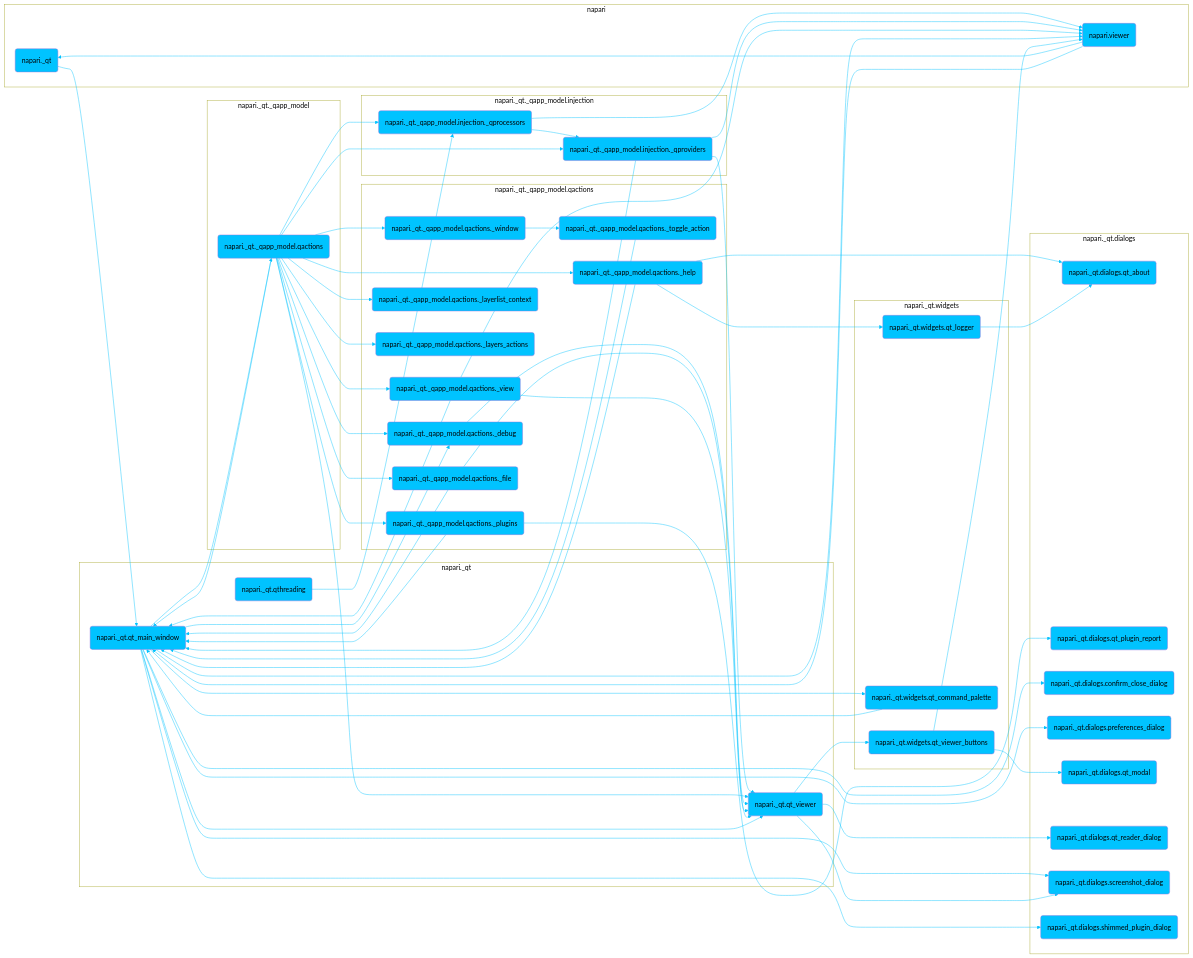
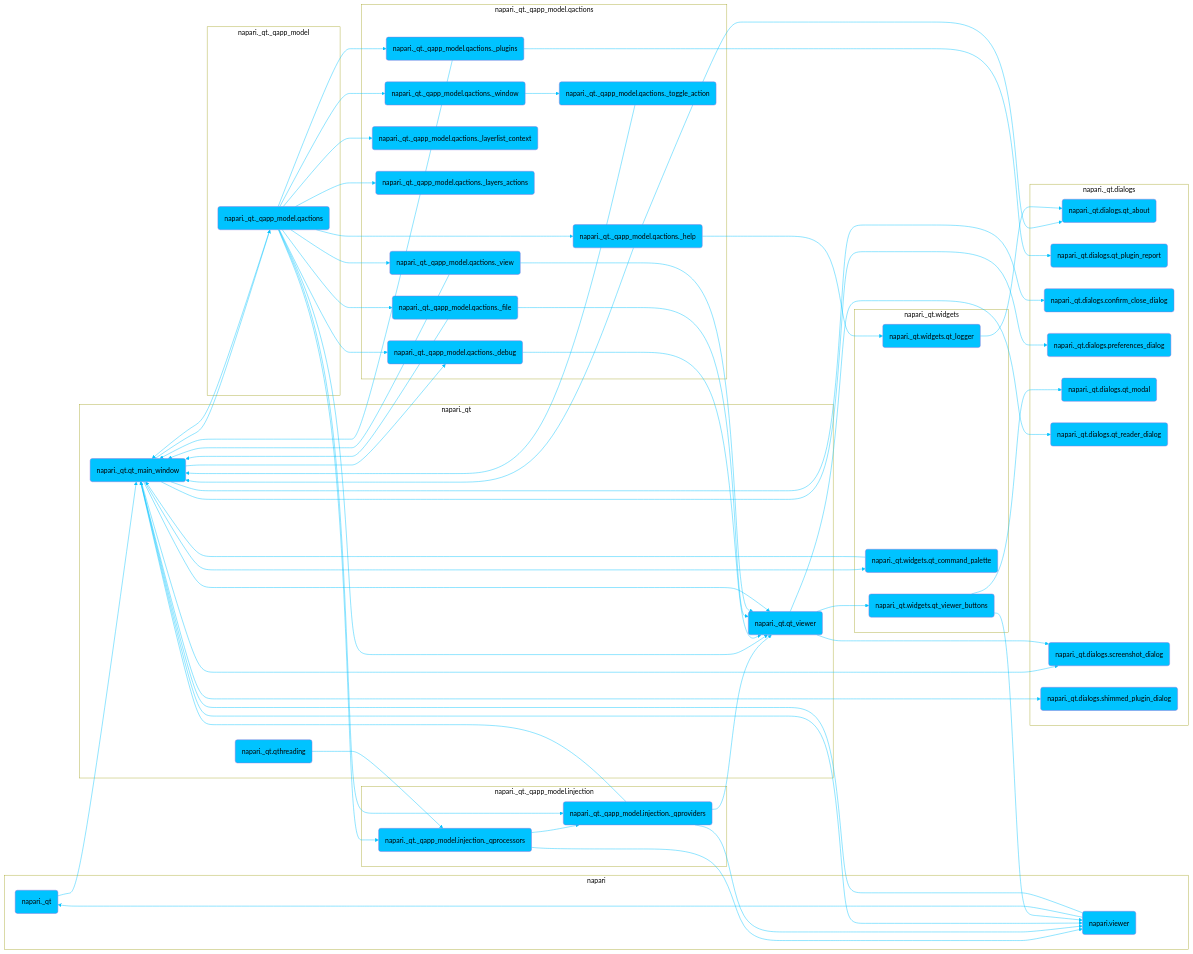
One commit to melissawm/napari.github.io changed the diagram in dev/_sources/developers/architecture/ui_sections/application_menus_ui.md. Above: the diagram before and after it, drawn with Mermaid. The commit also changed 683 other files, not shown here.

```diff
--- a/dev/_sources/developers/architecture/ui_sections/application_menus_ui.md
+++ b/dev/_sources/developers/architecture/ui_sections/application_menus_ui.md
@@ -56,7 +56,6 @@
 	napari._qt._qapp_model.qactions._view(napari._qt._qapp_model.qactions._view)
 	napari._qt._qapp_model.qactions._view --> napari._qt.qt_main_window
 	napari._qt._qapp_model.qactions._view --> napari._qt.qt_viewer
-	napari._qt._qapp_model.qactions._view --> napari.viewer
 	click napari._qt._qapp_model.qactions._view "https://github.com/napari/napari/tree/main/napari/_qt/_qapp_model/qactions/_view.py" _blank
 	napari._qt._qapp_model.qactions._window(napari._qt._qapp_model.qactions._window)
 	napari._qt._qapp_model.qactions._window --> napari._qt._qapp_model.qactions._toggle_action
```
